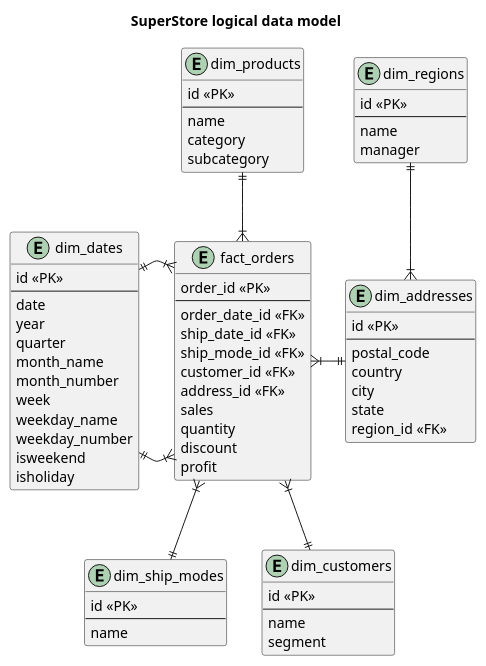
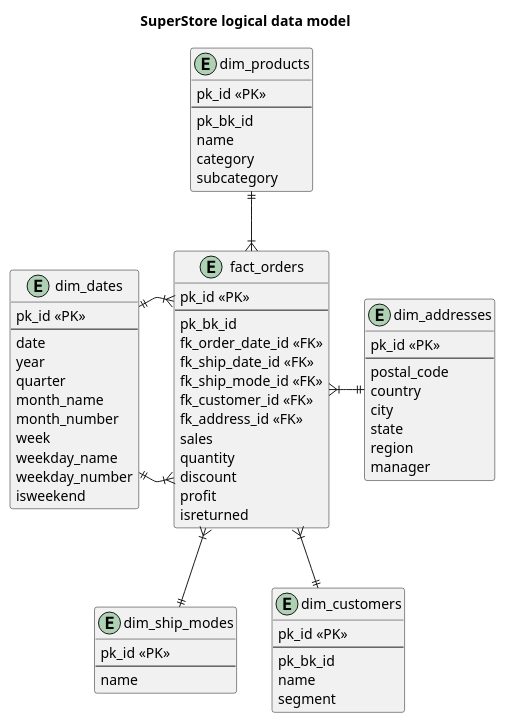
Before and after one commit to akv-akv/cs-courses: the diagram in DE-101/Module2/4/logical/superstore_logical.plantuml, drawn with PlantUML. The commit also changed 5 other files, not shown here.

Commit message:
add diagrams

```diff
--- a/DE-101/Module2/4/logical/superstore_logical.plantuml
+++ b/DE-101/Module2/4/logical/superstore_logical.plantuml
@@ -1,81 +1,77 @@
 @startuml
 title:SuperStore logical data model
 
 entity fact_orders {
-    order_id <<PK>>
+    pk_id <<PK>>
     --
-    order_date_id <<FK>>
-    ship_date_id <<FK>>
-    ship_mode_id <<FK>>
-    customer_id <<FK>>
-    address_id <<FK>>
+    pk_bk_id
+    fk_order_date_id <<FK>>
+    fk_ship_date_id <<FK>>
+    fk_ship_mode_id <<FK>>
+    fk_customer_id <<FK>>
+    fk_address_id <<FK>>
     sales 
     quantity
     discount
-    profit    
+    profit  
+    isreturned  
 }
 
-entity dim_regions {
-    id <<PK>>
-    --
-    name
-    manager
-}
 
 entity dim_products {
-    id <<PK>>
+    pk_id <<PK>>
     --
+    pk_bk_id
     name
     category
     subcategory
 }
 
 entity dim_ship_modes {
-    id <<PK>>
+    pk_id <<PK>>
     --
     name
 }
 
 entity dim_customers {
-    id <<PK>>
+    pk_id <<PK>>
     --
+    pk_bk_id
     name
     segment
 }
 
 entity dim_addresses {
-    id <<PK>>
+    pk_id <<PK>>
     --
     postal_code
     country
     city
     state
-    region_id <<FK>>
+    region
+    manager
 }
 
 entity dim_dates {
-    id <<PK>>
+    pk_id <<PK>>
     --
     date
     year
     quarter
     month_name
     month_number
     week
     weekday_name
     weekday_number
     isweekend
-    isholiday
 }
 
-
-dim_addresses}|-up-||dim_regions
 fact_orders}|--||dim_customers
 fact_orders}|-right-||dim_addresses
 fact_orders}|-up-||dim_products
 fact_orders}|-left-||dim_dates
 fact_orders}|-left-||dim_dates
 fact_orders}|--||dim_ship_modes
 
 
 @enduml
```
